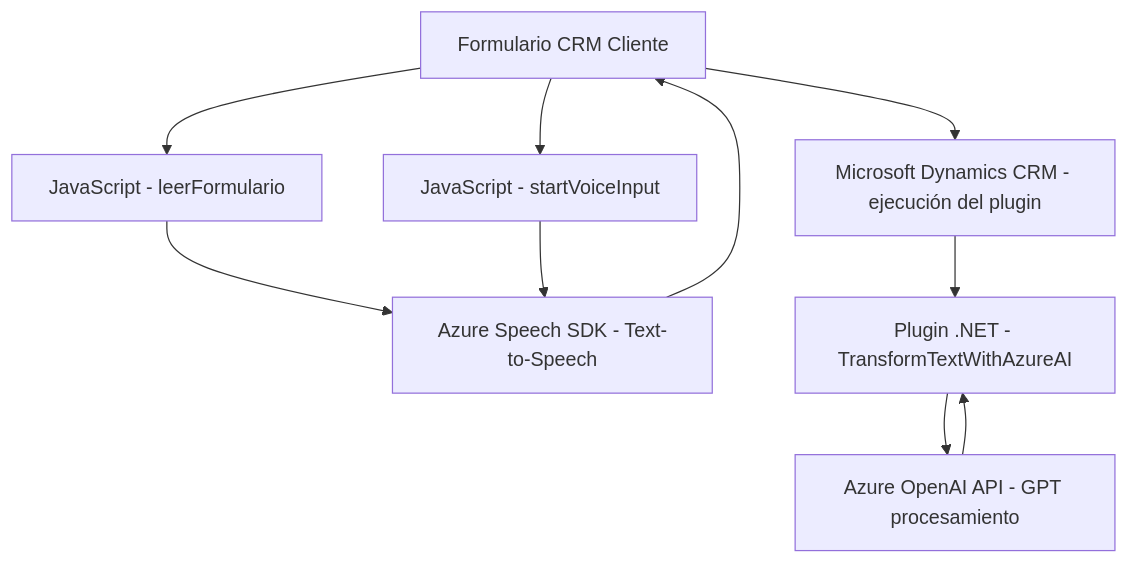
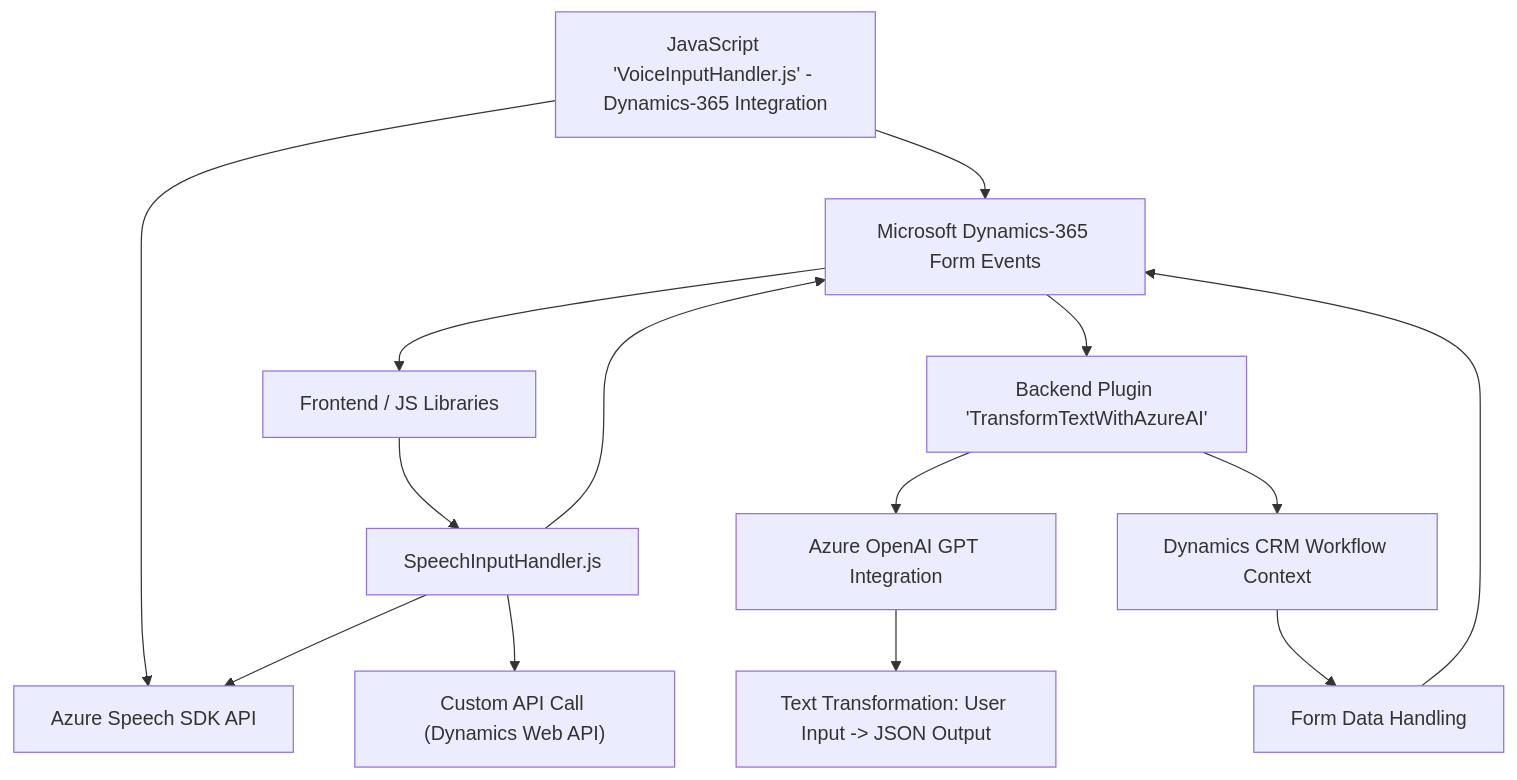
One commit to blopezdm/NETCORE_BILBAO2025 changed the diagram in README.md. Above: the diagram before and after it, drawn with Mermaid. The commit also changed other lines of this file, not shown here.

````diff
--- a/README.md
+++ b/README.md
@@ -28,20 +40,18 @@
 ```mermaid
 graph TD
-    A["Formulario CRM Cliente"]
-    B["JavaScript - leerFormulario"]
-    C["JavaScript - startVoiceInput"]
-    D["Azure Speech SDK - Text-to-Speech"]
-    E["Microsoft Dynamics CRM - ejecución del plugin"]
-    F["Plugin .NET - TransformTextWithAzureAI"]
-    G["Azure OpenAI API - GPT procesamiento"]
-    
-    A --> B
-    A --> C
-    B --> D
-    C --> D
-    D --> A
-    A --> E
-    E --> F
-    F --> G
-    G --> F
+    A["JavaScript 'VoiceInputHandler.js' - Dynamics-365 Integration"] --> B["Azure Speech SDK API"]
+    A --> C["Microsoft Dynamics-365 Form Events"]
+    C --> D["Frontend / JS Libraries"]
+    D --> E["SpeechInputHandler.js"]
+    E --> C
+    E --> B
+    E --> F["Custom API Call (Dynamics Web API)"]
+
+    C --> G
+    G["Backend Plugin 'TransformTextWithAzureAI'"] --> H["Azure OpenAI GPT Integration"]
+    G --> J["Dynamics CRM Workflow Context"]
+    H --> K["Text Transformation: User Input -> JSON Output"]
+    J --> L["Form Data Handling"]
+
+    L --> C
 ```
````
